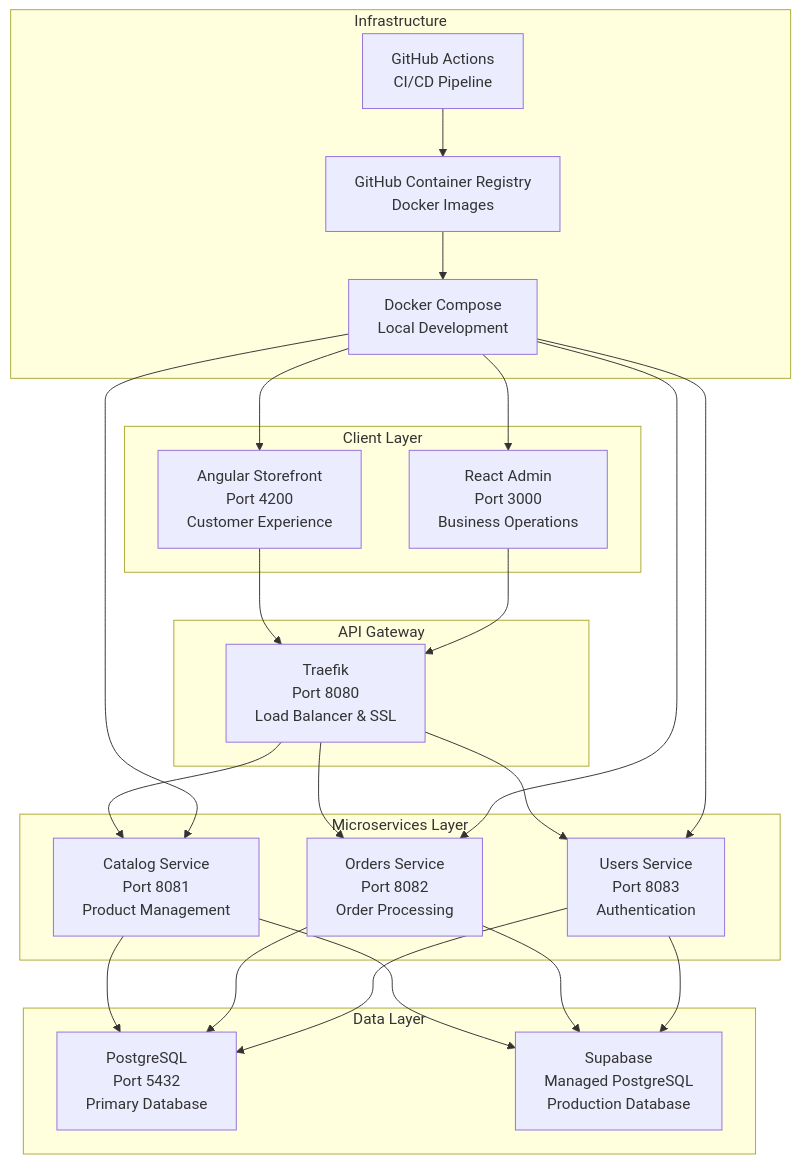
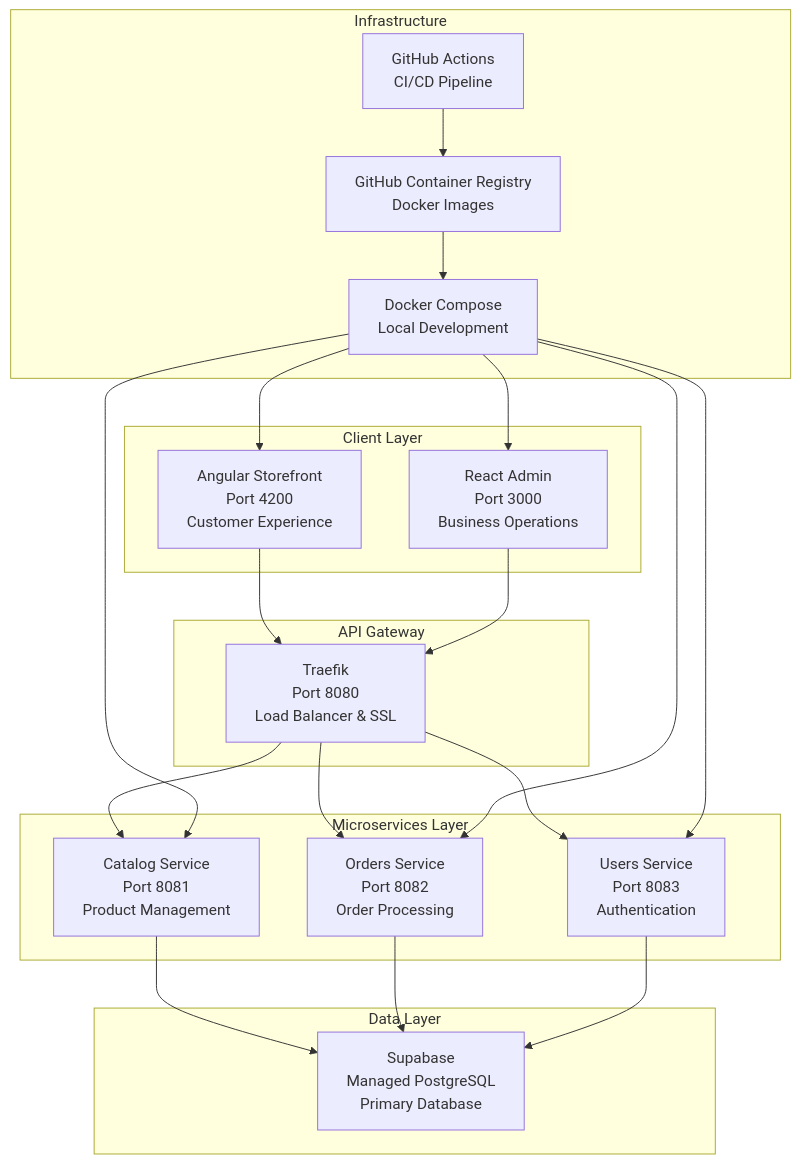
Before and after one commit to frxncismor/retailedge: the diagram in README.md, drawn with Mermaid. The commit also changed other lines of this file, not shown here.

First line of the commit message:
fix: update README to reflect Supabase as primary database

````diff
--- a/README.md
+++ b/README.md
@@ -33,47 +33,43 @@
 ```mermaid
 graph TB
     subgraph "Client Layer"
         A[Angular Storefront<br/>Port 4200<br/>Customer Experience]
         B[React Admin<br/>Port 3000<br/>Business Operations]
     end
 
     subgraph "API Gateway"
         C[Traefik<br/>Port 8080<br/>Load Balancer & SSL]
     end
 
     subgraph "Microservices Layer"
         D[Catalog Service<br/>Port 8081<br/>Product Management]
         E[Orders Service<br/>Port 8082<br/>Order Processing]
         F[Users Service<br/>Port 8083<br/>Authentication]
     end
 
     subgraph "Data Layer"
-        G[PostgreSQL<br/>Port 5432<br/>Primary Database]
-        H[Supabase<br/>Managed PostgreSQL<br/>Production Database]
+        G[Supabase<br/>Managed PostgreSQL<br/>Primary Database]
     end
 
     subgraph "Infrastructure"
         I[Docker Compose<br/>Local Development]
         J[GitHub Actions<br/>CI/CD Pipeline]
         K[GitHub Container Registry<br/>Docker Images]
     end
 
     A --> C
     B --> C
     C --> D
     C --> E
     C --> F
     D --> G
     E --> G
     F --> G
-    D --> H
-    E --> H
-    F --> H
     I --> A
     I --> B
     I --> D
     I --> E
     I --> F
     J --> K
     K --> I
 ```
````
